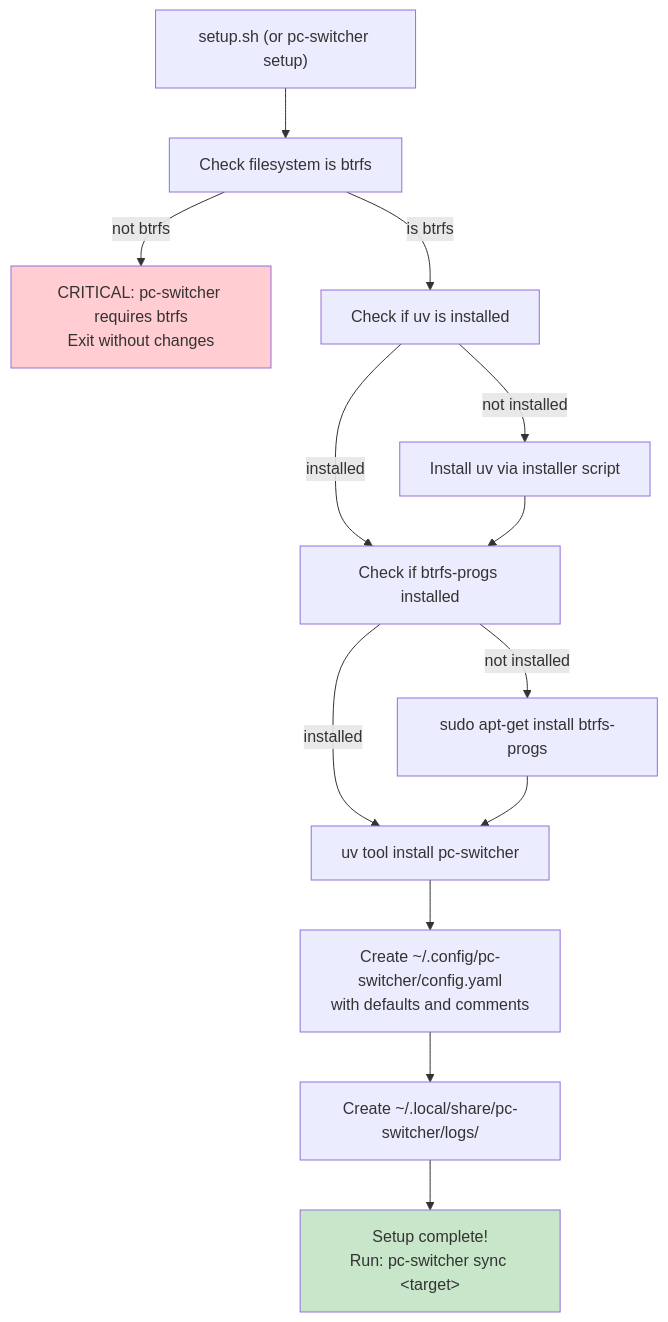
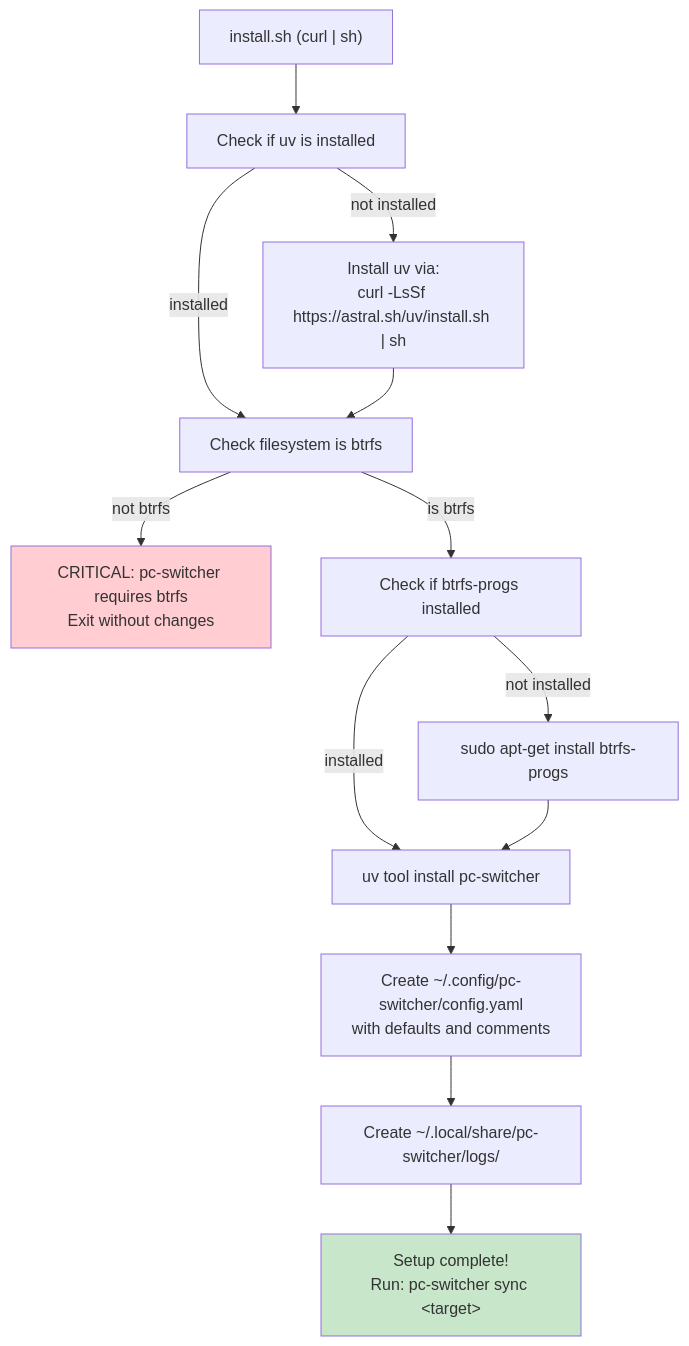
One commit to flaksit/pc-switcher changed diagram 21 of 21 in specs/001-foundation/architecture.md. Above: the diagram before and after it, drawn with Mermaid. The commit also changed other lines of this file and 3 other files, not shown here.

````diff
--- a/specs/001-foundation/architecture.md
+++ b/specs/001-foundation/architecture.md
@@ -1345,37 +1541,37 @@
 ```mermaid
 graph TD
-    Start["setup.sh (or pc-switcher setup)"]
+    Start["install.sh (curl | sh)"]
+
+    CheckUV["Check if uv is installed"]
+    InstallUV["Install uv via:<br/>curl -LsSf https://astral.sh/uv/install.sh | sh"]
 
     CheckBtrfs["Check filesystem is btrfs"]
     BtrfsNo["CRITICAL: pc-switcher requires btrfs<br/>Exit without changes"]
-
-    CheckUV["Check if uv is installed"]
-    InstallUV["Install uv via installer script"]
 
     CheckBtrfsProgs["Check if btrfs-progs installed"]
     InstallBtrfsProgs["sudo apt-get install btrfs-progs"]
 
     InstallPCSwitcher["uv tool install pc-switcher"]
 
     CreateConfig["Create ~/.config/pc-switcher/config.yaml<br/>with defaults and comments"]
 
     CreateDirs["Create ~/.local/share/pc-switcher/logs/"]
 
     Success["Setup complete!<br/>Run: pc-switcher sync &lt;target&gt;"]
 
-    Start --> CheckBtrfs
+    Start --> CheckUV
+    CheckUV -->|not installed| InstallUV
+    CheckUV -->|installed| CheckBtrfs
+    InstallUV --> CheckBtrfs
     CheckBtrfs -->|not btrfs| BtrfsNo
-    CheckBtrfs -->|is btrfs| CheckUV
-    CheckUV -->|not installed| InstallUV
-    CheckUV -->|installed| CheckBtrfsProgs
-    InstallUV --> CheckBtrfsProgs
+    CheckBtrfs -->|is btrfs| CheckBtrfsProgs
     CheckBtrfsProgs -->|not installed| InstallBtrfsProgs
     CheckBtrfsProgs -->|installed| InstallPCSwitcher
     InstallBtrfsProgs --> InstallPCSwitcher
     InstallPCSwitcher --> CreateConfig
     CreateConfig --> CreateDirs
     CreateDirs --> Success
 
     style BtrfsNo fill:#ffcdd2
     style Success fill:#c8e6c9
 ```
````
